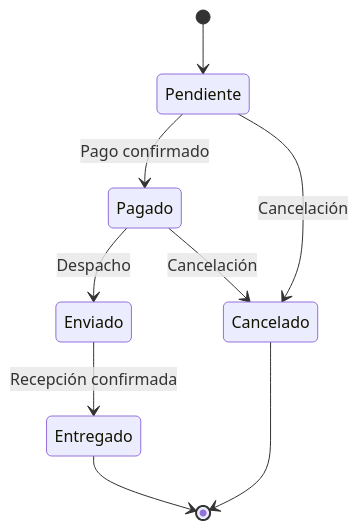
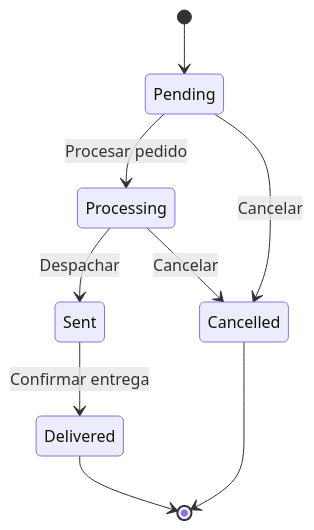
One commit to facusoster/FinalProdWebLaravel changed the diagram in docs/diagramas/25_UML_EstadosPedido.md. Above: the diagram before and after it, drawn with Mermaid. The commit also changed other lines of this file and 24 other files, not shown here.

Commit message:
Actualización completa de documentación y diagramas

````diff
--- a/docs/diagramas/25_UML_EstadosPedido.md
+++ b/docs/diagramas/25_UML_EstadosPedido.md
@@ -22,16 +22,16 @@
 ```mermaid
 stateDiagram-v2
 
-[*] --> Pendiente
+[*] --> Pending
 
-Pendiente --> Pagado : Pago confirmado
-Pendiente --> Cancelado : Cancelación
+Pending --> Processing : Procesar pedido
+Pending --> Cancelled : Cancelar
 
-Pagado --> Enviado : Despacho
-Pagado --> Cancelado : Cancelación
+Processing --> Sent : Despachar
+Processing --> Cancelled : Cancelar
 
-Enviado --> Entregado : Recepción confirmada
+Sent --> Delivered : Confirmar entrega
 
-Entregado --> [*]
-Cancelado --> [*]
+Delivered --> [*]
+Cancelled --> [*]
 ```
````
